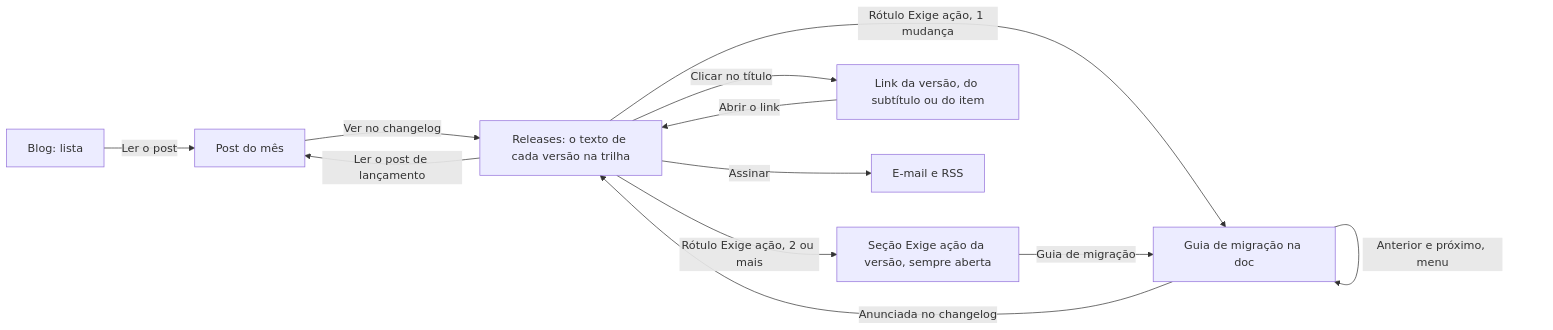
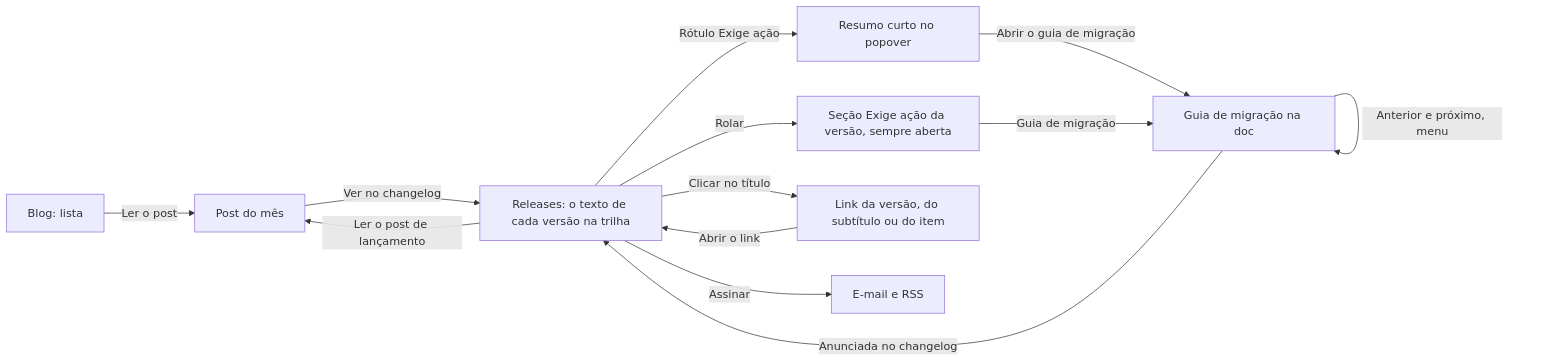
The diagram in app/pages/releases-no-docs/DECISOES.md (pernalombr4/prototipos), drawn with Mermaid before and after one commit. The commit also changed other lines of this file and 3 other files, not shown here.

Commit message:
[PROTO] releases-no-docs — rodada 10 — o rótulo Exige ação volta a abrir um resumo curto com o link do guia, sem sair da página

````diff
--- a/app/pages/releases-no-docs/DECISOES.md
+++ b/app/pages/releases-no-docs/DECISOES.md
@@ -27,14 +28,15 @@
 ```mermaid
 flowchart LR
   B[Blog: lista] -->|Ler o post| P[Post do mês]
   P -->|Ver no changelog| C[Releases: o texto de cada versão na trilha]
   C -->|Ler o post de lançamento| P
-  C -->|Rótulo Exige ação, 1 mudança| G
-  C -->|Rótulo Exige ação, 2 ou mais| R[Seção Exige ação da versão, sempre aberta]
+  C -->|Rótulo Exige ação| O[Resumo curto no popover]
+  O -->|Abrir o guia de migração| G
+  C -->|Rolar| R[Seção Exige ação da versão, sempre aberta]
   R -->|Guia de migração| G[Guia de migração na doc]
   G -->|Anunciada no changelog| C
   G -->|Anterior e próximo, menu| G
   C -->|Clicar no título| L[Link da versão, do subtítulo ou do item]
   L -->|Abrir o link| C
   C -->|Assinar| A[E-mail e RSS]
 ```
````
